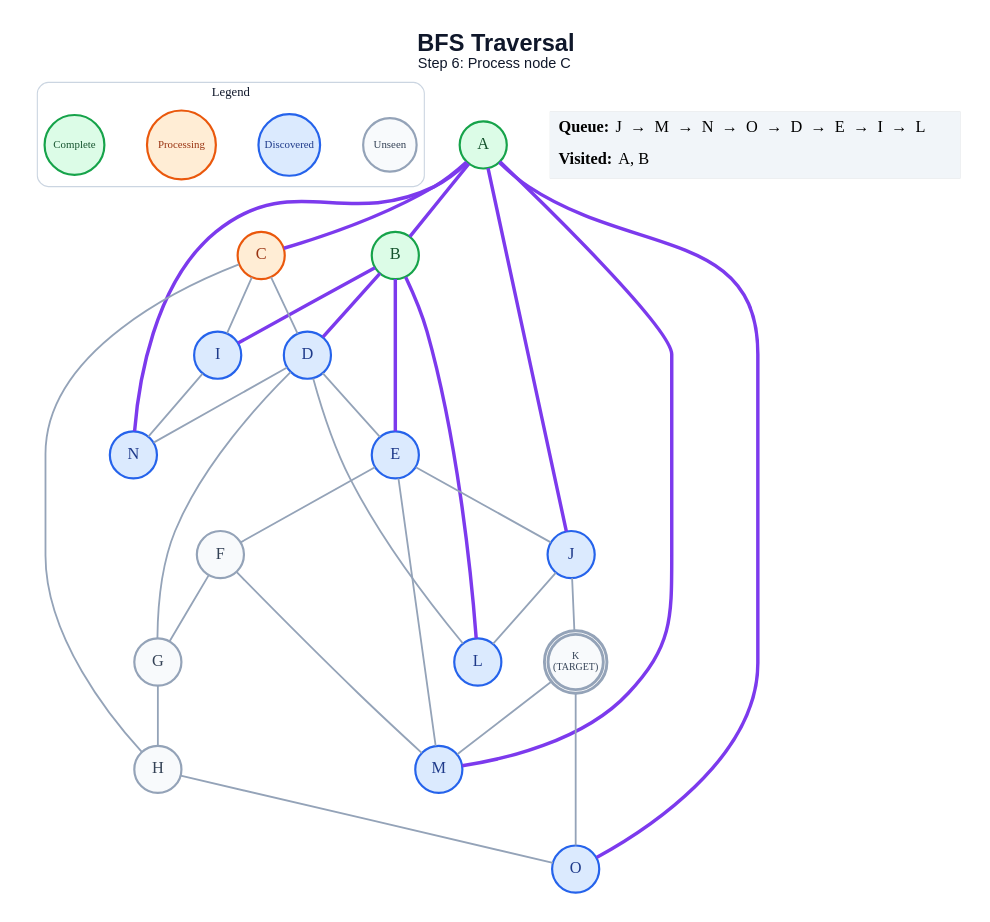
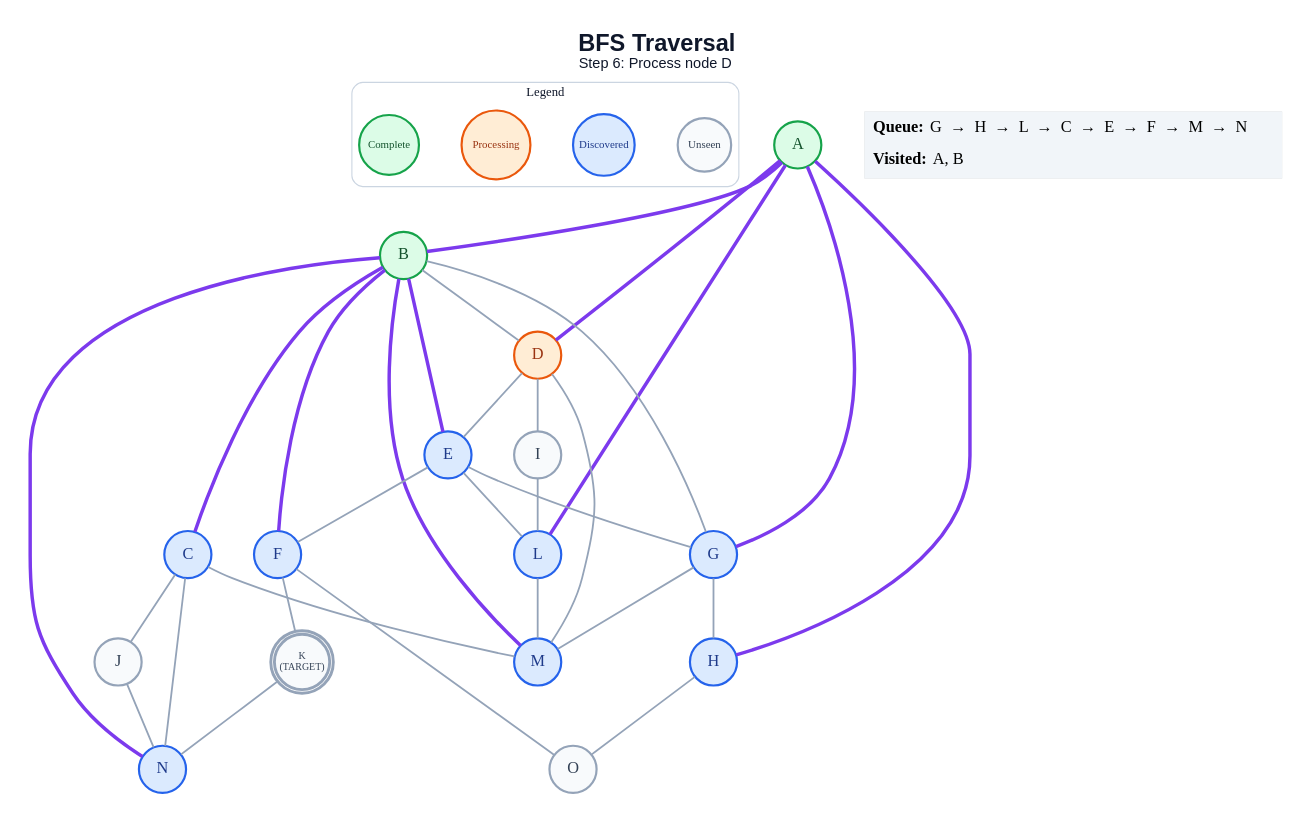
One commit to anon7238593-create/ai-slop changed the diagram in generated/specific-node/bfs/step_06.dot. Above: the diagram before and after it, drawn with Graphviz. The commit also changed 328 other files, not shown here.

```diff
--- a/generated/specific-node/bfs/step_06.dot
+++ b/generated/specific-node/bfs/step_06.dot
@@ -1,63 +1,64 @@
 graph traversal {
   graph [layout=dot, rankdir=TB, bgcolor="#FFFFFF", pad="0.35", nodesep="0.65", ranksep="0.8", fontname="Arial"];
   node [shape=circle, style="filled", fontname="Arial Bold", fontsize=18, width=0.72, fixedsize=true, penwidth=2.4];
   edge [color="#94A3B8", penwidth=2.0];
-  label=<<B>BFS Traversal</B><BR/><FONT POINT-SIZE="16">Step 6: Process node C</FONT>>; labelloc="t"; fontsize=26; fontname="Arial"; fontcolor="#0F172A";
+  label=<<B>BFS Traversal</B><BR/><FONT POINT-SIZE="16">Step 6: Process node D</FONT>>; labelloc="t"; fontsize=26; fontname="Arial"; fontcolor="#0F172A";
   subgraph cluster_legend { label="Legend"; color="#CBD5E1"; penwidth=1.2; style="rounded"; fontsize=14; fontname="Arial Bold";
     key_unseen [label="Unseen", fillcolor="#F8FAFC", color="#94A3B8", fontcolor="#334155", fontsize=12, width=0.82];
     key_frontier [label="Discovered", fillcolor="#DBEAFE", color="#2563EB", fontcolor="#1E3A8A", fontsize=12, width=0.95];
     key_current [label="Processing", fillcolor="#FFEDD5", color="#EA580C", fontcolor="#9A3412", fontsize=12, width=1.05];
     key_done [label="Complete", fillcolor="#DCFCE7", color="#16A34A", fontcolor="#14532D", fontsize=12, width=0.92];
     { rank=same; key_unseen; key_frontier; key_current; key_done; }
   }
   A [label="A", fillcolor="#DCFCE7", color="#16A34A", fontcolor="#14532D", peripheries=1, penwidth=2.4];
   B [label="B", fillcolor="#DCFCE7", color="#16A34A", fontcolor="#14532D", peripheries=1, penwidth=2.4];
-  C [label="C", fillcolor="#FFEDD5", color="#EA580C", fontcolor="#9A3412", peripheries=1, penwidth=2.4];
-  D [label="D", fillcolor="#DBEAFE", color="#2563EB", fontcolor="#1E3A8A", peripheries=1, penwidth=2.4];
+  C [label="C", fillcolor="#DBEAFE", color="#2563EB", fontcolor="#1E3A8A", peripheries=1, penwidth=2.4];
+  D [label="D", fillcolor="#FFEDD5", color="#EA580C", fontcolor="#9A3412", peripheries=1, penwidth=2.4];
   E [label="E", fillcolor="#DBEAFE", color="#2563EB", fontcolor="#1E3A8A", peripheries=1, penwidth=2.4];
-  F [label="F", fillcolor="#F8FAFC", color="#94A3B8", fontcolor="#334155", peripheries=1, penwidth=2.4];
-  G [label="G", fillcolor="#F8FAFC", color="#94A3B8", fontcolor="#334155", peripheries=1, penwidth=2.4];
-  H [label="H", fillcolor="#F8FAFC", color="#94A3B8", fontcolor="#334155", peripheries=1, penwidth=2.4];
-  I [label="I", fillcolor="#DBEAFE", color="#2563EB", fontcolor="#1E3A8A", peripheries=1, penwidth=2.4];
-  J [label="J", fillcolor="#DBEAFE", color="#2563EB", fontcolor="#1E3A8A", peripheries=1, penwidth=2.4];
+  F [label="F", fillcolor="#DBEAFE", color="#2563EB", fontcolor="#1E3A8A", peripheries=1, penwidth=2.4];
+  G [label="G", fillcolor="#DBEAFE", color="#2563EB", fontcolor="#1E3A8A", peripheries=1, penwidth=2.4];
+  H [label="H", fillcolor="#DBEAFE", color="#2563EB", fontcolor="#1E3A8A", peripheries=1, penwidth=2.4];
+  I [label="I", fillcolor="#F8FAFC", color="#94A3B8", fontcolor="#334155", peripheries=1, penwidth=2.4];
+  J [label="J", fillcolor="#F8FAFC", color="#94A3B8", fontcolor="#334155", peripheries=1, penwidth=2.4];
   K [label="K\n(TARGET)", fillcolor="#F8FAFC", color="#94A3B8", fontcolor="#334155", peripheries=2, penwidth=3.2, fontsize=11, width=0.85, height=0.85];
   L [label="L", fillcolor="#DBEAFE", color="#2563EB", fontcolor="#1E3A8A", peripheries=1, penwidth=2.4];
   M [label="M", fillcolor="#DBEAFE", color="#2563EB", fontcolor="#1E3A8A", peripheries=1, penwidth=2.4];
   N [label="N", fillcolor="#DBEAFE", color="#2563EB", fontcolor="#1E3A8A", peripheries=1, penwidth=2.4];
-  O [label="O", fillcolor="#DBEAFE", color="#2563EB", fontcolor="#1E3A8A", peripheries=1, penwidth=2.4];
+  O [label="O", fillcolor="#F8FAFC", color="#94A3B8", fontcolor="#334155", peripheries=1, penwidth=2.4];
   A -- B [color="#7C3AED", penwidth=3.8];
-  A -- C [color="#7C3AED", penwidth=3.8];
-  A -- J [color="#7C3AED", penwidth=3.8];
-  A -- M [color="#7C3AED", penwidth=3.8];
-  A -- N [color="#7C3AED", penwidth=3.8];
-  A -- O [color="#7C3AED", penwidth=3.8];
-  B -- D [color="#7C3AED", penwidth=3.8];
+  A -- D [color="#7C3AED", penwidth=3.8];
+  A -- G [color="#7C3AED", penwidth=3.8];
+  A -- H [color="#7C3AED", penwidth=3.8];
+  A -- L [color="#7C3AED", penwidth=3.8];
+  B -- C [color="#7C3AED", penwidth=3.8];
+  B -- D;
   B -- E [color="#7C3AED", penwidth=3.8];
-  B -- I [color="#7C3AED", penwidth=3.8];
-  B -- L [color="#7C3AED", penwidth=3.8];
-  C -- D;
-  C -- H;
-  C -- I;
+  B -- F [color="#7C3AED", penwidth=3.8];
+  B -- G;
+  B -- M [color="#7C3AED", penwidth=3.8];
+  B -- N [color="#7C3AED", penwidth=3.8];
+  C -- J;
+  C -- M;
+  C -- N;
   D -- E;
-  D -- G;
-  D -- L;
-  D -- N;
+  D -- I;
+  D -- M;
   E -- F;
-  E -- J;
-  E -- M;
-  F -- G;
-  F -- M;
+  E -- G;
+  E -- L;
+  F -- K;
+  F -- O;
   G -- H;
+  G -- M;
   H -- O;
-  I -- N;
-  J -- K;
-  J -- L;
-  K -- M;
-  K -- O;
+  I -- L;
+  J -- N;
+  K -- N;
+  L -- M;
   status [shape=plain, fixedsize=false, width=0, height=0, margin=0, label=<
     <TABLE BORDER="0" CELLBORDER="0" CELLPADDING="7" BGCOLOR="#F1F5F9">
-      <TR><TD ALIGN="LEFT"><B>Queue:</B> J  →  M  →  N  →  O  →  D  →  E  →  I  →  L</TD></TR>
+      <TR><TD ALIGN="LEFT"><B>Queue:</B> G  →  H  →  L  →  C  →  E  →  F  →  M  →  N</TD></TR>
       <TR><TD ALIGN="LEFT"><B>Visited:</B> A, B</TD></TR>
     </TABLE>
   >];
 }
```
